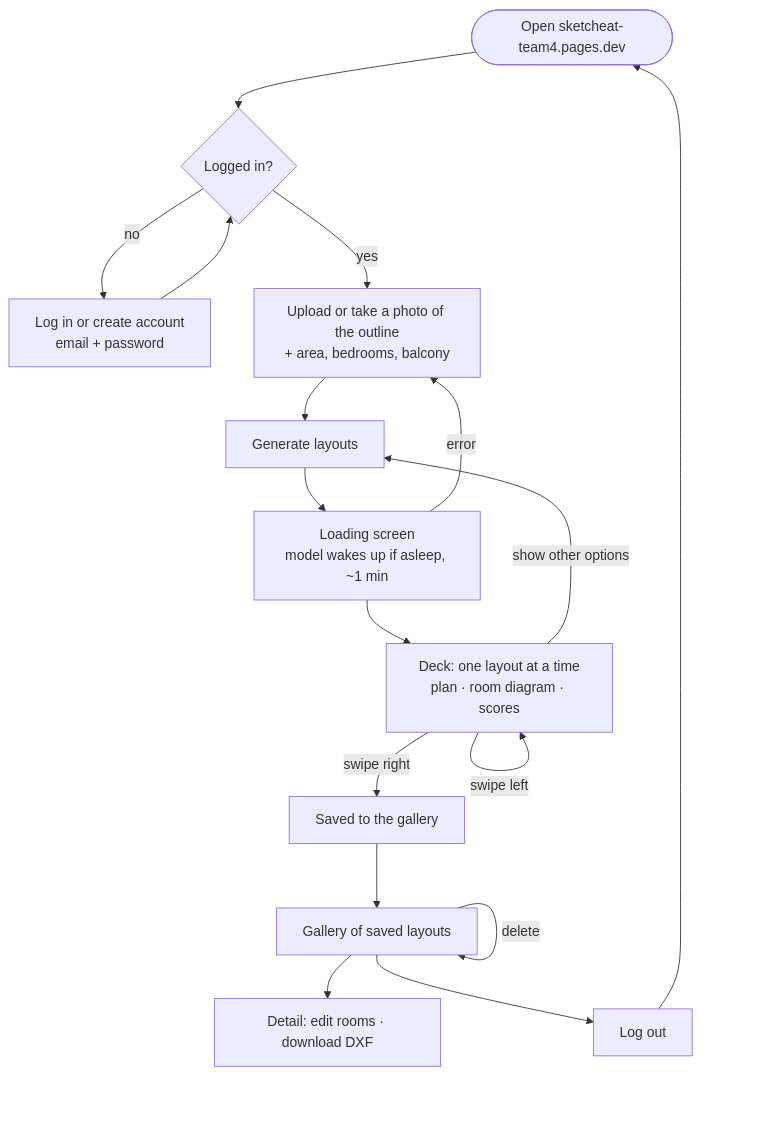
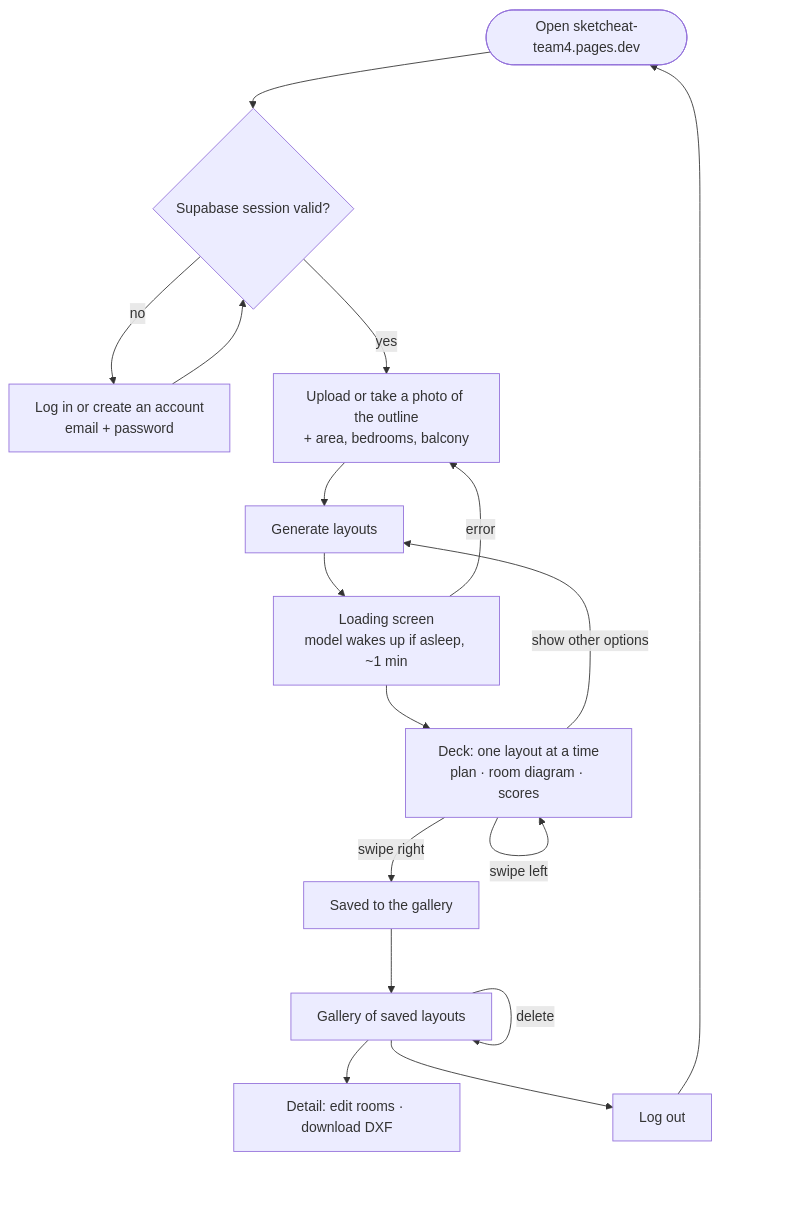
One commit to iaac-maai/hackathon-team4-resplan changed the diagram in 04_final/diagrams/2_user_flow.md. Above: the diagram before and after it, drawn with Mermaid. The commit also changed 15 other files, not shown here.

````diff
--- a/04_final/diagrams/2_user_flow.md
+++ b/04_final/diagrams/2_user_flow.md
@@ -3,17 +3,17 @@
 ```mermaid
 flowchart TD
-  S([Open sketcheat-team4.pages.dev]) --> L{Logged in?}
-  L -- no --> P[Log in or create account<br/>email + password] --> L
+  S([Open sketcheat-team4.pages.dev]) --> L{Supabase session valid?}
+  L -- no --> P[Log in or create an account<br/>email + password] --> L
   L -- yes --> F[Upload or take a photo of the outline<br/>+ area, bedrooms, balcony]
   F --> G[Generate layouts]
   G --> W[Loading screen<br/>model wakes up if asleep, ~1 min]
   W -->|error| F
   W --> D[Deck: one layout at a time<br/>plan · room diagram · scores]
   D -->|swipe left| D
   D -->|swipe right| SV[Saved to the gallery]
   D -->|show other options| G
   SV --> GA[Gallery of saved layouts]
   GA --> DT[Detail: edit rooms · download DXF]
   GA -->|delete| GA
   GA --> O[Log out] --> S
 ```
````
